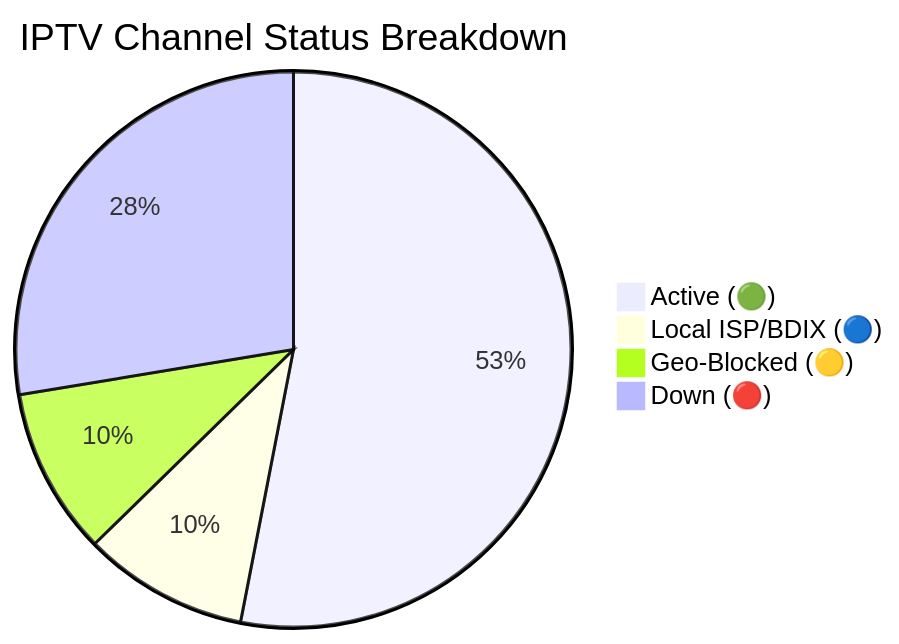
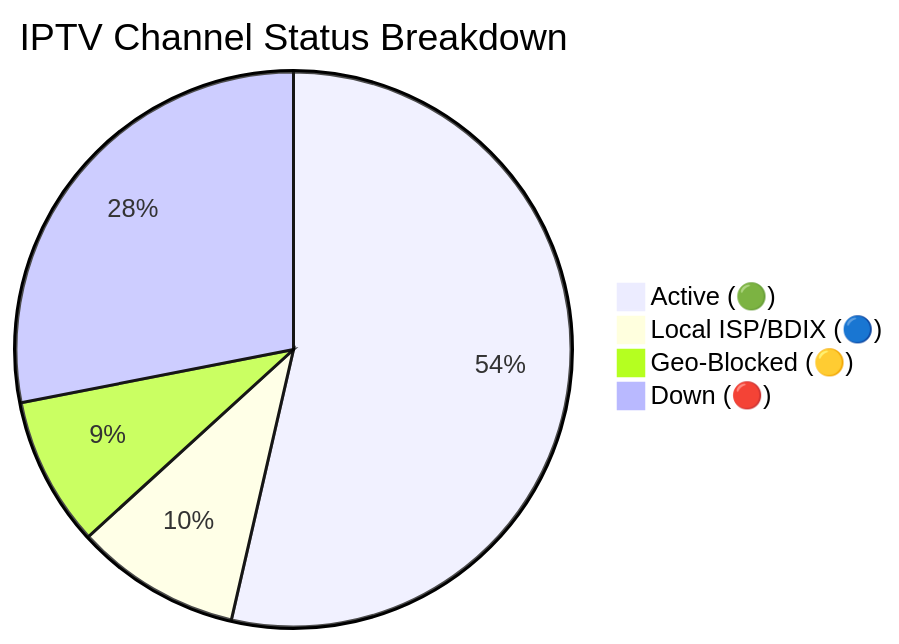
Before and after one commit to f6388600-ai/Web: the diagram in README.md, drawn with Mermaid. The commit also changed other lines of this file and 6 other files, not shown here.

````diff
--- a/README.md
+++ b/README.md
@@ -149,7 +149,7 @@
 ```mermaid
 pie title IPTV Channel Status Breakdown
-    "Active (🟢)" : 9167
-    "Local ISP/BDIX (🔵)" : 1663
-    "Geo-Blocked (🟡)" : 1678
-    "Down (🔴)" : 4770
+    "Active (🟢)" : 9289
+    "Local ISP/BDIX (🔵)" : 1670
+    "Geo-Blocked (🟡)" : 1507
+    "Down (🔴)" : 4866
 ```
````
